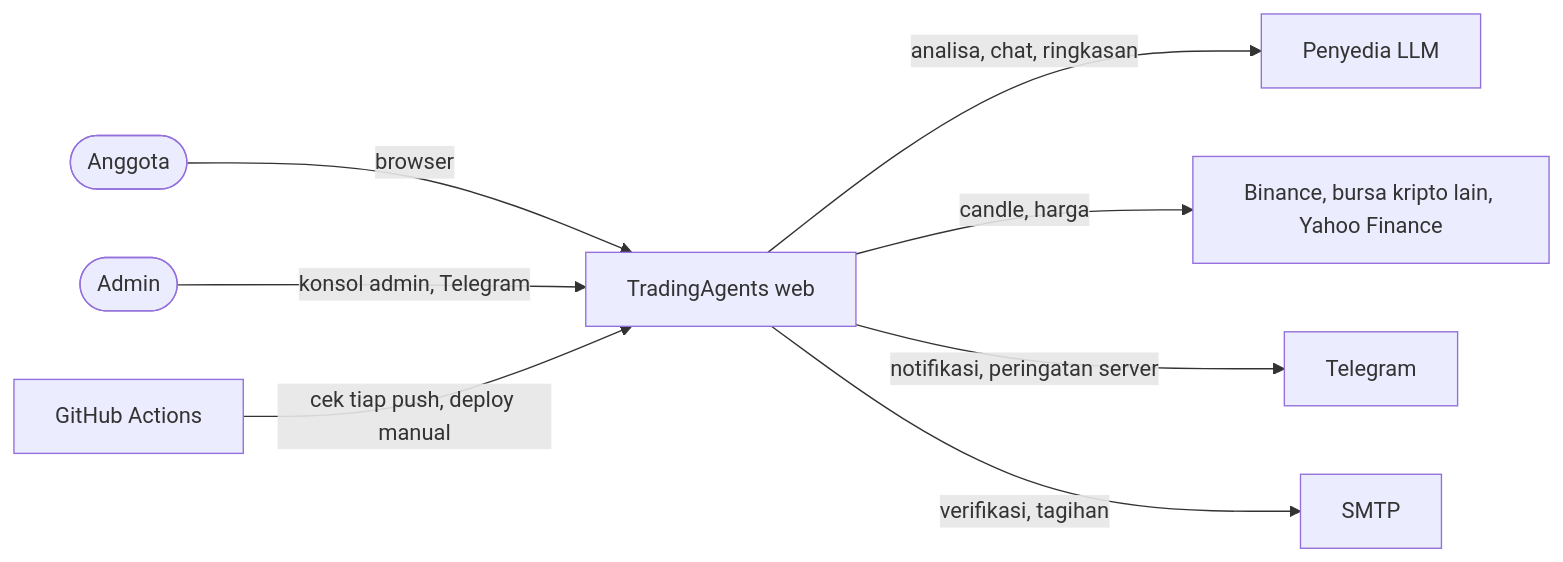
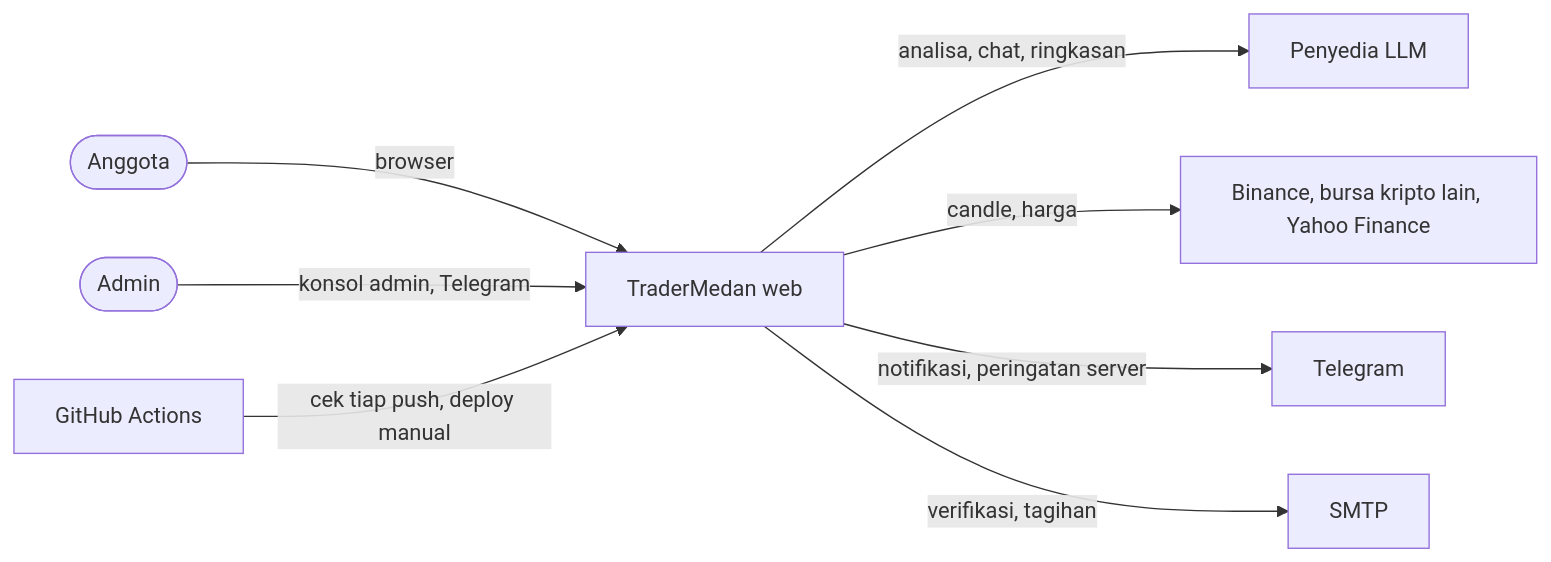
Before and after one commit to secretkeyz1-coder/TradingAgents-Mandiri: the first of 2 diagrams in docs/architecture.md, drawn with Mermaid. The commit also changed other lines of this file and 32 other files, not shown here.

First line of the commit message:
web: TraderMedan, the app's own name and look

````diff
--- a/docs/architecture.md
+++ b/docs/architecture.md
@@ -7,10 +7,10 @@
 ```mermaid
 flowchart LR
-  member([Anggota]) -->|browser| app[TradingAgents web]
+  member([Anggota]) -->|browser| app[TraderMedan web]
   admin([Admin]) -->|konsol admin, Telegram| app
   app -->|analisa, chat, ringkasan| llm[Penyedia LLM]
   app -->|candle, harga| market[Binance, bursa kripto lain, Yahoo Finance]
   app -->|notifikasi, peringatan server| tg[Telegram]
   app -->|verifikasi, tagihan| mail[SMTP]
   gh[GitHub Actions] -->|cek tiap push, deploy manual| app
 ```
````
